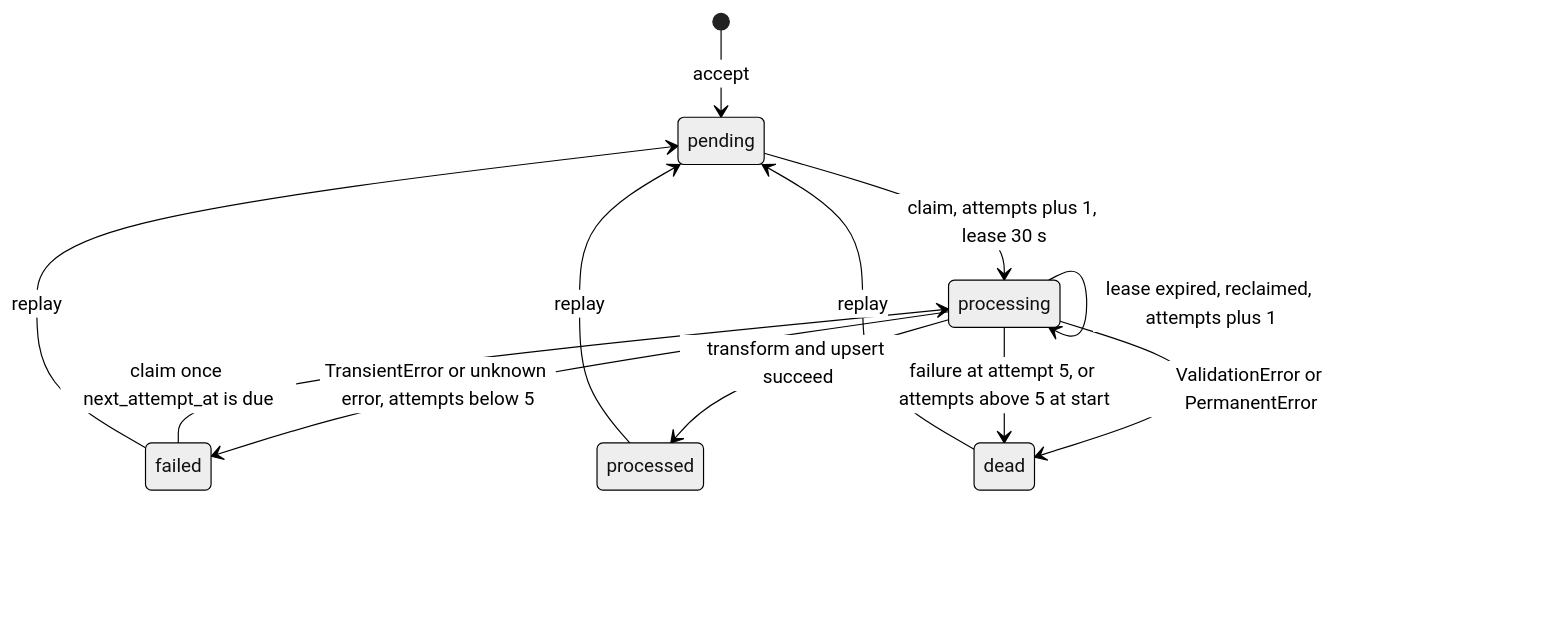
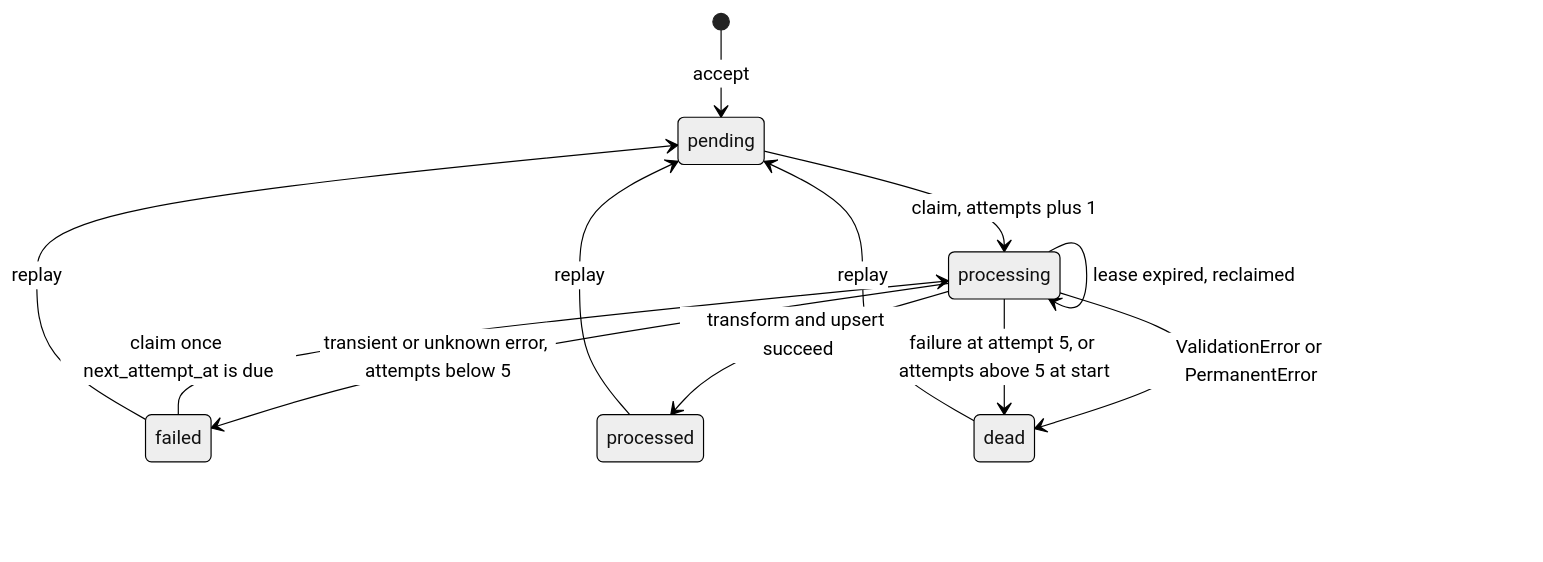
Before and after one commit to regalmoix/feedback-ingest: the first of 2 diagrams in docs/WALKTHROUGH.md, drawn with Mermaid (neutral theme). The commit also changed other lines of this file and 1 other file, not shown here.

````diff
--- a/docs/WALKTHROUGH.md
+++ b/docs/WALKTHROUGH.md
@@ -939,14 +607,14 @@
 ```mermaid
 stateDiagram-v2
     [*] --> pending: accept
-    pending --> processing: claim, attempts plus 1, lease 30 s
+    pending --> processing: claim, attempts plus 1
     failed --> processing: claim once next_attempt_at is due
-    processing --> processing: lease expired, reclaimed, attempts plus 1
+    processing --> processing: lease expired, reclaimed
     processing --> processed: transform and upsert succeed
-    processing --> failed: TransientError or unknown error, attempts below 5
+    processing --> failed: transient or unknown error, attempts below 5
     processing --> dead: ValidationError or PermanentError
     processing --> dead: failure at attempt 5, or attempts above 5 at start
     dead --> pending: replay
     failed --> pending: replay
     processed --> pending: replay
 ```
````
